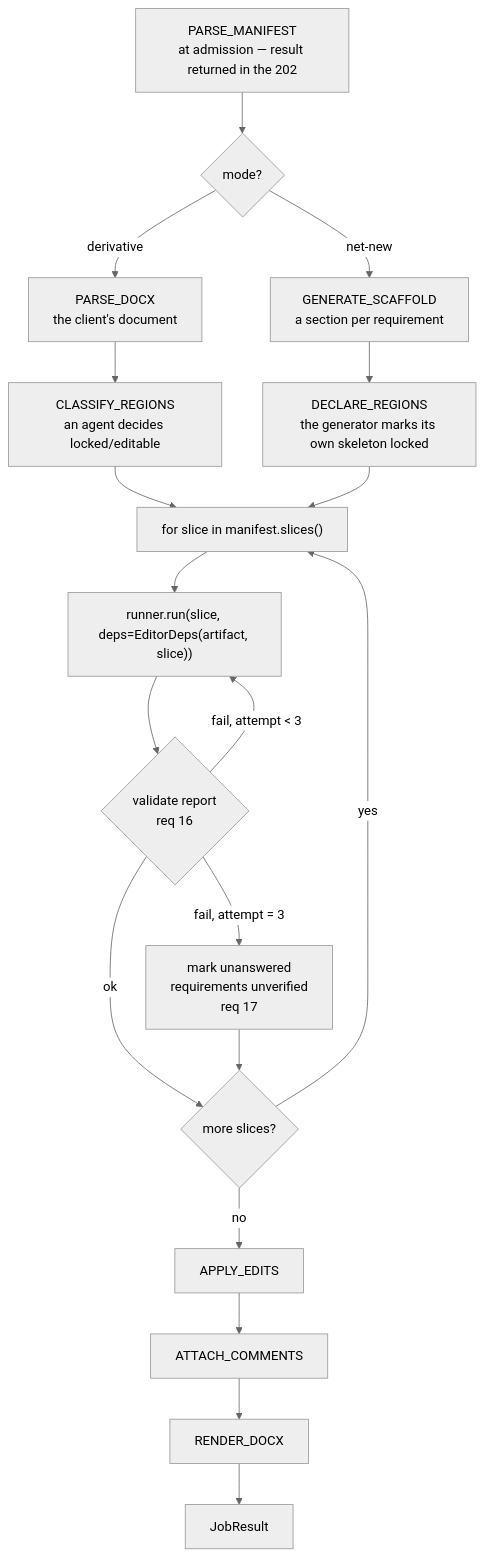
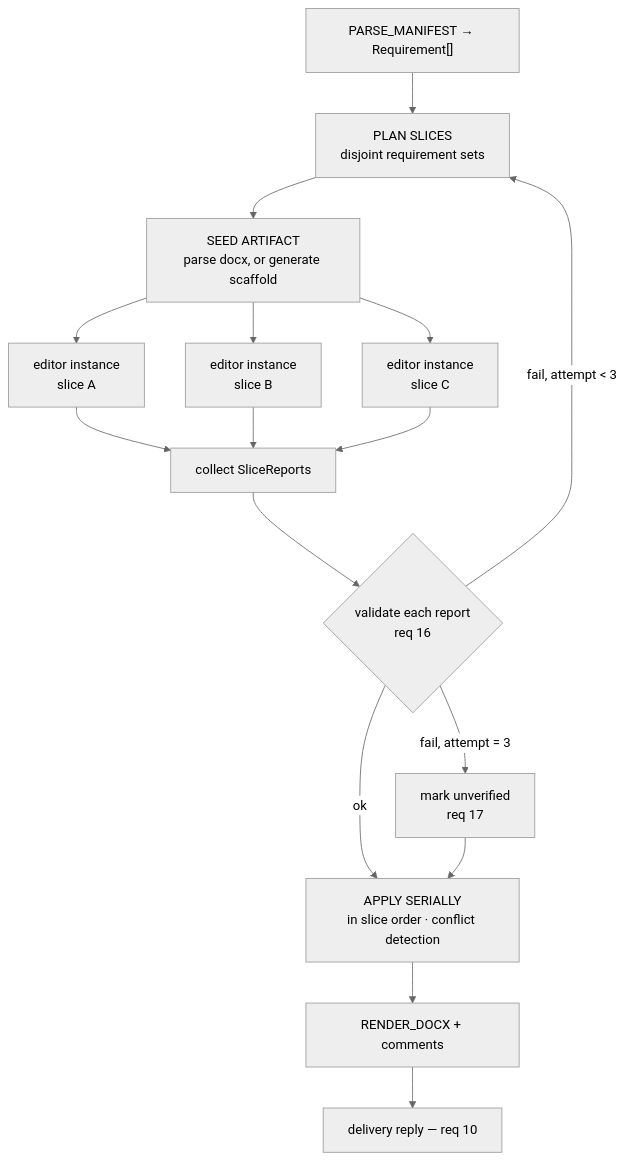
Before and after one commit to jjfrackowiak/multimodal-form-filling: the second of 2 diagrams in docs/app-implementation-plan.md, drawn with Mermaid (neutral theme). The commit also changed other lines of this file and 1 other file, not shown here.

First line of the commit message:
refactor(design): orchestrated fan-out with serial apply

````diff
--- a/docs/app-implementation-plan.md
+++ b/docs/app-implementation-plan.md
@@ -109,19 +113,18 @@
 ```mermaid
 flowchart TD
-    A["PARSE_MANIFEST<br/>at admission — result returned in the 202"] --> M{"mode?"}
-    M -->|derivative| P["PARSE_DOCX<br/>the client's document"]
-    M -->|net-new| G["GENERATE_SCAFFOLD<br/>a section per requirement"]
-    P --> C["CLASSIFY_REGIONS<br/>an agent decides locked/editable"]
-    G --> D["DECLARE_REGIONS<br/>the generator marks its own skeleton locked"]
-    C --> S["for slice in manifest.slices()"]
-    D --> S
-    S --> R["runner.run(slice, deps=EditorDeps(artifact, slice))"]
-    R --> V{"validate report<br/>req 16"}
-    V -->|"fail, attempt &lt; 3"| R
-    V -->|"fail, attempt = 3"| U["mark unanswered<br/>requirements unverified<br/>req 17"]
-    V -->|ok| N{"more slices?"}
-    U --> N
-    N -->|yes| S
-    N -->|no| E1["APPLY_EDITS"]
-    E1 --> E2["ATTACH_COMMENTS"] --> E3["RENDER_DOCX"] --> E4["JobResult"]
+    P["PARSE_MANIFEST → Requirement[]"] --> PLAN["PLAN SLICES<br/>disjoint requirement sets"]
+    PLAN --> SEED["SEED ARTIFACT<br/>parse docx, or generate scaffold"]
+    SEED --> F1["editor instance<br/>slice A"]
+    SEED --> F2["editor instance<br/>slice B"]
+    SEED --> F3["editor instance<br/>slice C"]
+    F1 --> COL["collect SliceReports"]
+    F2 --> COL
+    F3 --> COL
+    COL --> V{"validate each report<br/>req 16"}
+    V -->|"fail, attempt &lt; 3"| PLAN
+    V -->|"fail, attempt = 3"| U["mark unverified<br/>req 17"]
+    V -->|ok| AP["APPLY SERIALLY<br/>in slice order · conflict detection"]
+    U --> AP
+    AP --> RND["RENDER_DOCX + comments"]
+    RND --> DEL["delivery reply — req 10"]
 ```
````
